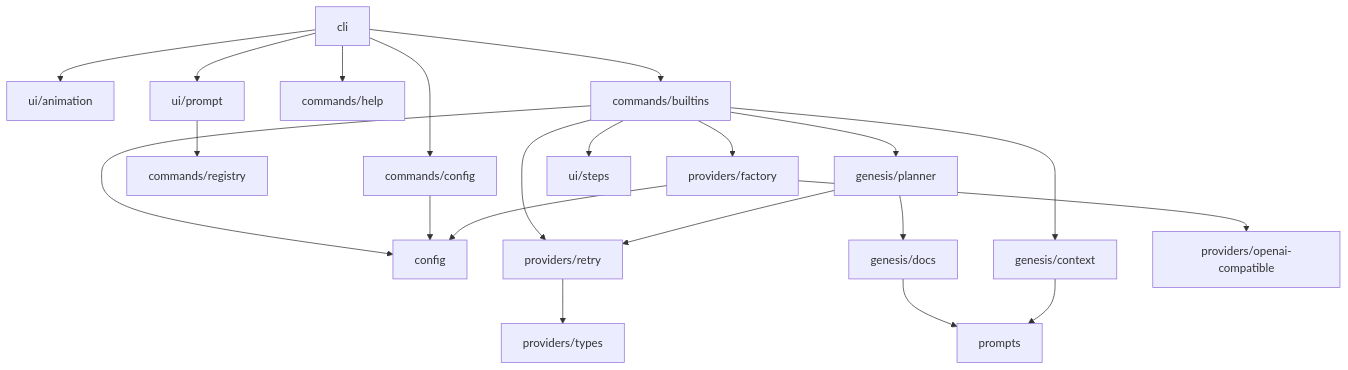
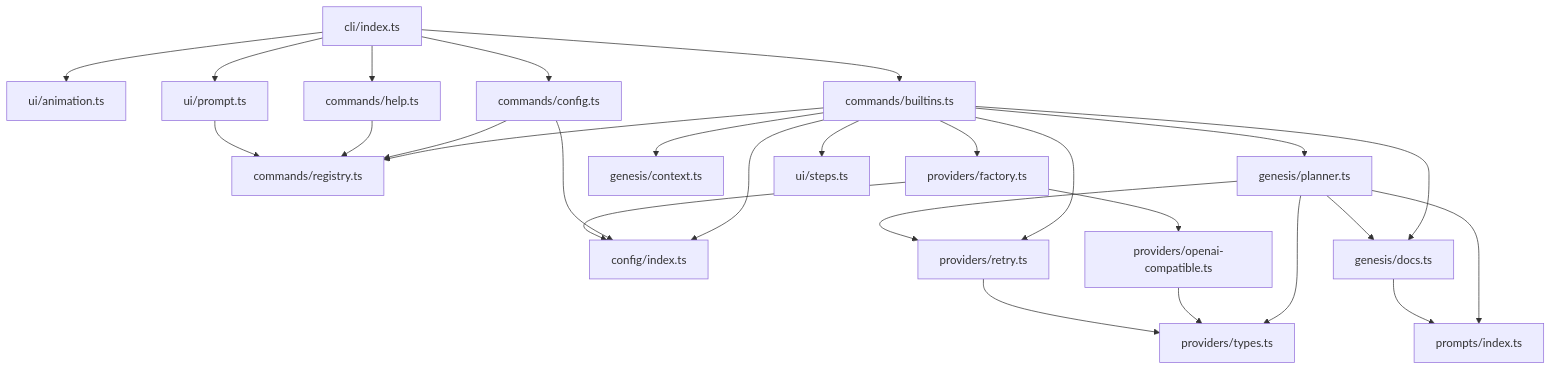
The diagram in .aether/docs/modules/overview.md (Aether-One/aether), drawn with Mermaid before and after one commit. The commit also changed other lines of this file and 25 other files, not shown here.

````diff
--- a/.aether/docs/modules/overview.md
+++ b/.aether/docs/modules/overview.md
@@ -167,23 +154,34 @@
 ```mermaid
 graph TD
-    cli --> ui_animation[ui/animation]
-    cli --> ui_prompt[ui/prompt]
-    cli --> commands_help[commands/help]
-    cli --> commands_builtins[commands/builtins]
-    cli --> commands_config[commands/config]
-    ui_prompt --> commands_registry[commands/registry]
-    commands_builtins --> config
-    commands_builtins --> providers_factory[providers/factory]
-    commands_builtins --> providers_retry[providers/retry]
-    commands_builtins --> genesis_context[genesis/context]
-    commands_builtins --> genesis_planner[genesis/planner]
-    commands_builtins --> ui_steps[ui/steps]
-    commands_config --> config
-    genesis_planner --> genesis_docs[genesis/docs]
-    genesis_planner --> providers_retry
-    genesis_docs --> prompts
-    genesis_context --> prompts
-    providers_factory --> providers_openai[providers/openai-compatible]
-    providers_factory --> config
-    providers_retry --> providers_types[providers/types]
+  cli[cli/index.ts] --> ui_anim[ui/animation.ts]
+  cli --> ui_prompt[ui/prompt.ts]
+  cli --> cmd_help[commands/help.ts]
+  cli --> cmd_builtins[commands/builtins.ts]
+  cli --> cmd_config[commands/config.ts]
+
+  cmd_builtins --> cmd_registry[commands/registry.ts]
+  cmd_builtins --> config[config/index.ts]
+  cmd_builtins --> providers_factory[providers/factory.ts]
+  cmd_builtins --> providers_retry[providers/retry.ts]
+  cmd_builtins --> genesis_context[genesis/context.ts]
+  cmd_builtins --> genesis_planner[genesis/planner.ts]
+  cmd_builtins --> genesis_docs[genesis/docs.ts]
+  cmd_builtins --> ui_steps[ui/steps.ts]
+
+  cmd_config --> cmd_registry
+  cmd_config --> config
+  cmd_help --> cmd_registry
+
+  genesis_planner --> providers_types[providers/types.ts]
+  genesis_planner --> providers_retry
+  genesis_planner --> genesis_docs
+  genesis_planner --> prompts[prompts/index.ts]
+
+  genesis_docs --> prompts
+  providers_factory --> config
+  providers_factory --> providers_openai[providers/openai-compatible.ts]
+  providers_openai --> providers_types
+  providers_retry --> providers_types
+
+  ui_prompt --> cmd_registry
 ```
````
